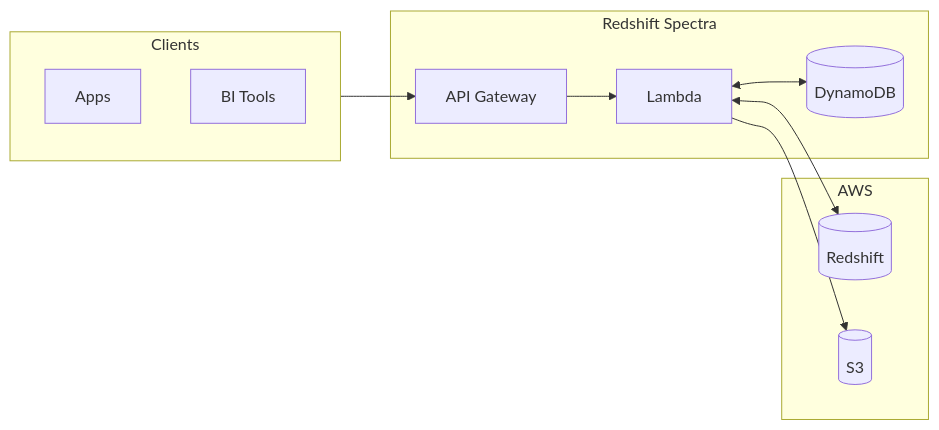
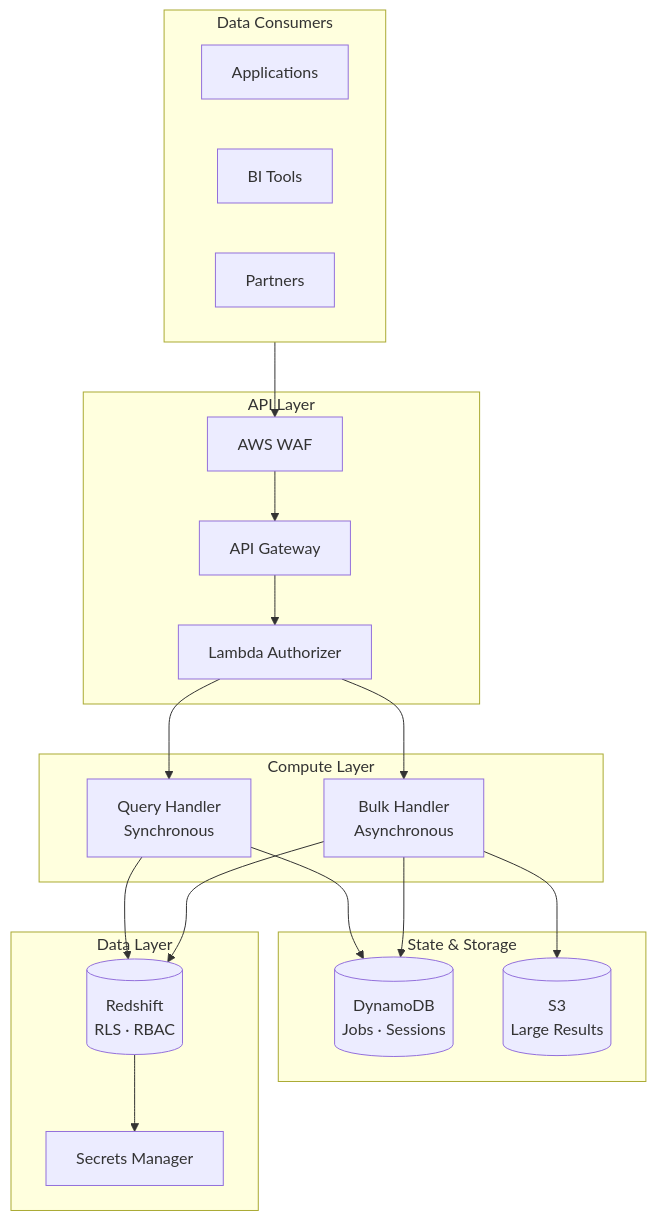
One commit to zhiweio/redshift-spectra changed the diagram in README.md. Above: the diagram before and after it, drawn with Mermaid. The commit also changed other lines of this file, not shown here.

Commit message:
docs: update README for clarity and accuracy, enhance architecture diagram, and improve API usage examples

````diff
--- a/README.md
+++ b/README.md
@@ -26,23 +28,39 @@
 ```mermaid
-flowchart LR
-    subgraph Clients
-        A[Apps] 
-        B[BI Tools]
+flowchart TB
+    subgraph Clients["Data Consumers"]
+        APP[Applications]
+        BI[BI Tools]
+        PARTNER[Partners]
     end
     
-    subgraph Spectra["Redshift Spectra"]
+    subgraph Edge["API Layer"]
+        WAF[AWS WAF]
         GW[API Gateway]
-        L[Lambda]
-        D[(DynamoDB)]
+        AUTH[Lambda Authorizer]
     end
     
-    subgraph AWS
-        R[(Redshift)]
-        S[(S3)]
+    subgraph Compute["Compute Layer"]
+        QUERY[Query Handler<br/>Synchronous]
+        BULK[Bulk Handler<br/>Asynchronous]
     end
     
-    Clients --> GW --> L
-    L <--> D
-    L <--> R
-    L --> S
+    subgraph State["State & Storage"]
+        DDB[(DynamoDB<br/>Jobs · Sessions)]
+        S3[(S3<br/>Large Results)]
+    end
+    
+    subgraph Data["Data Layer"]
+        RS[(Redshift<br/>RLS · RBAC)]
+        SM[Secrets Manager]
+    end
+    
+    Clients --> WAF --> GW --> AUTH
+    AUTH --> QUERY
+    AUTH --> BULK
+    QUERY --> DDB
+    QUERY --> RS
+    BULK --> DDB
+    BULK --> S3
+    BULK --> RS
+    RS --> SM
 ```
````
